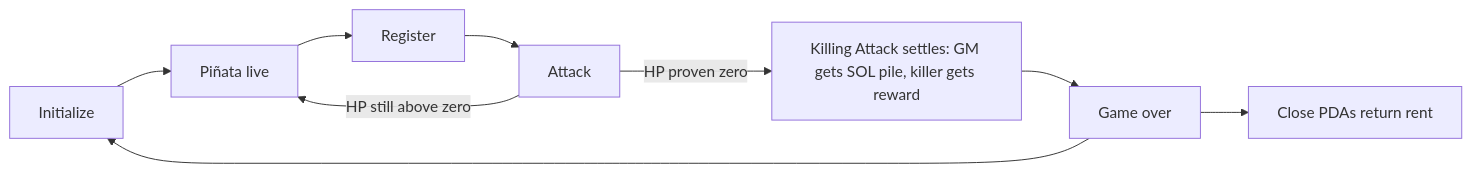
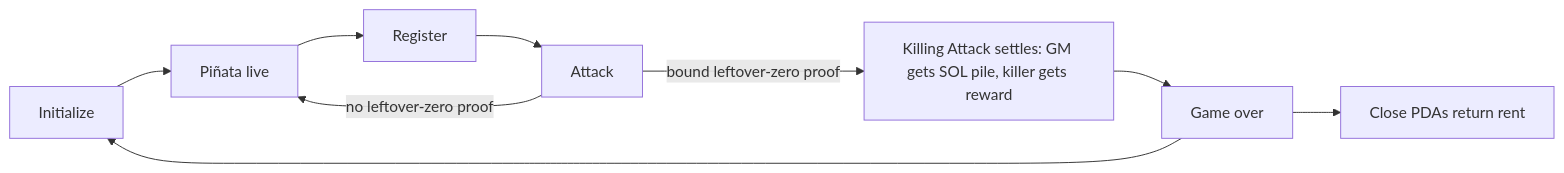
One commit to kilogold/confidential-pinata changed the diagram in docs/game.md. Above: the diagram before and after it, drawn with Mermaid. The commit also changed other lines of this file and 7 other files, not shown here.

First line of the commit message:
Record arbiter-webapp flows and bound zero-proof kill settlement.

````diff
--- a/docs/game.md
+++ b/docs/game.md
@@ -24,11 +24,11 @@
 ```mermaid
 flowchart LR
   init[Initialize] --> live[Piñata live]
   live --> register[Register]
   register --> attack[Attack]
-  attack -->|"HP still above zero"| live
-  attack -->|"HP proven zero"| settle["Killing Attack settles: GM gets SOL pile, killer gets reward"]
+  attack -->|"no leftover-zero proof"| live
+  attack -->|"bound leftover-zero proof"| settle["Killing Attack settles: GM gets SOL pile, killer gets reward"]
   settle --> over[Game over]
   over --> close[Close PDAs return rent]
   over --> init
 ```
````
